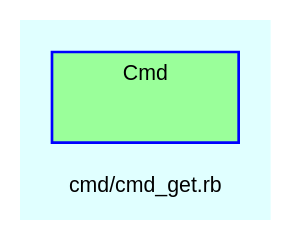
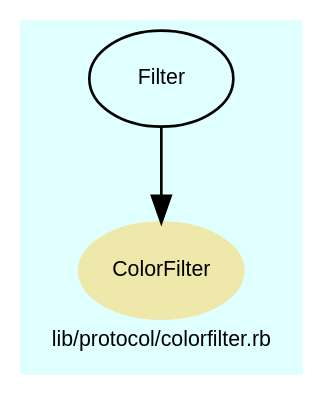
The diagram in doc/dot/f_19.dot (Tyche/teensymud), drawn with Graphviz before and after one commit. The commit also changed 282 other files, not shown here.

Commit message:
Split filter.rb and net.rb into separate classes. Added regression tests for net classes.

```diff
--- a/doc/dot/f_19.dot
+++ b/doc/dot/f_19.dot
@@ -1,29 +1,31 @@
 digraph TopLevel {
     compound = true
     bgcolor = lightcyan1
     fontname = Arial
     fontsize = 8
-    label = "cmd/cmd_get.rb"
+    label = "lib/protocol/colorfilter.rb"
     node [
         fontname = Arial,
         fontsize = 8,
         color = black
     ]
 
-    subgraph cluster_Cmd {
-        fillcolor = palegreen1
-        URL = "classes/Cmd.html"
-        fontname = Arial
-        color = blue
-        label = "Cmd"
-        style = filled
-        Cmd [
-            shape = plaintext,
-            height = 0.01,
-            width = 0.75,
-            label = ""
-        ]
+    ColorFilter [
+        fontcolor = black,
+        URL = "classes/ColorFilter.html",
+        shape = ellipse,
+        color = palegoldenrod,
+        style = filled,
+        label = "ColorFilter"
+    ]
 
-    }
+    Filter [
+        URL = "classes/Filter.html",
+        label = "Filter"
+    ]
+
+    Filter -> ColorFilter [
+
+    ]
 
 }
```
